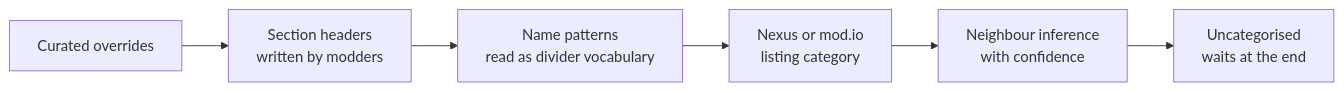
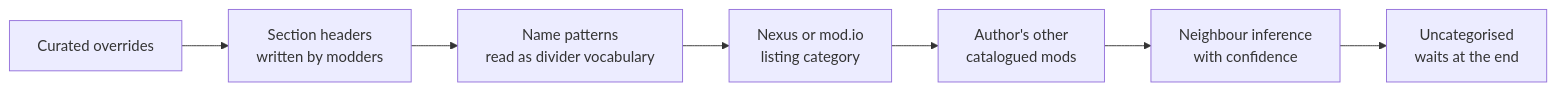
The second of 2 diagrams in docs/architecture.md (Moonie8t7/VOLO), drawn with Mermaid before and after one commit. The commit also changed other lines of this file and 19 other files, not shown here.

````diff
--- a/docs/architecture.md
+++ b/docs/architecture.md
@@ -63,8 +64,9 @@
 ```mermaid
 flowchart LR
     A["Curated overrides"] --> B["Section headers<br/>written by modders"]
     B --> C["Name patterns<br/>read as divider vocabulary"]
     C --> D["Nexus or mod.io<br/>listing category"]
-    D --> E["Neighbour inference<br/>with confidence"]
-    E --> F["Uncategorised<br/>waits at the end"]
+    D --> E["Author's other<br/>catalogued mods"]
+    E --> F["Neighbour inference<br/>with confidence"]
+    F --> G["Uncategorised<br/>waits at the end"]
 ```
````
